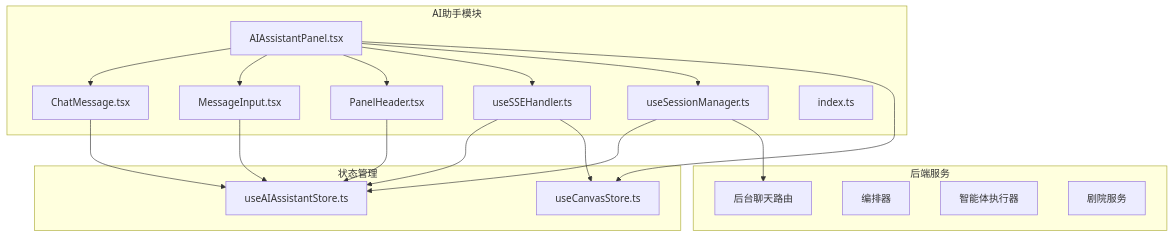
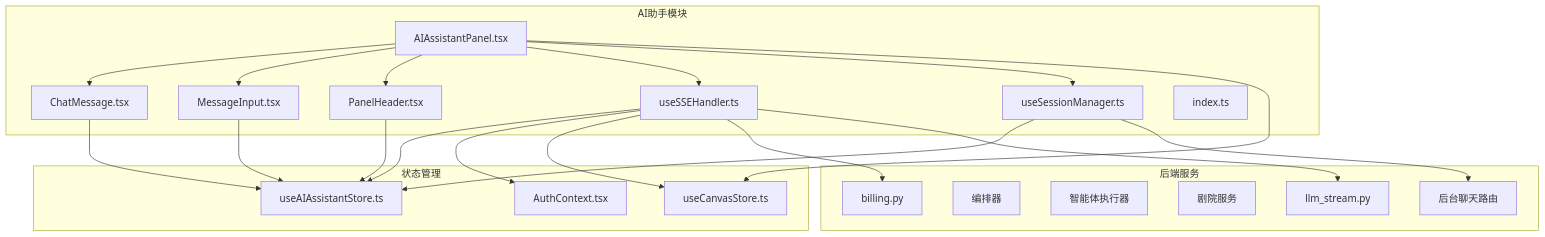
Diagram 18 of 18 in .qoder/repowiki/zh/content/前端开发指南/AI助手面板增强.md (KunLabAI/KunFlix), drawn with Mermaid before and after one commit. The commit also changed other lines of this file and 27 other files, not shown here.

````diff
--- a/.qoder/repowiki/zh/content/前端开发指南/AI助手面板增强.md
+++ b/.qoder/repowiki/zh/content/前端开发指南/AI助手面板增强.md
@@ -746,35 +840,41 @@
 ```mermaid
 graph TD
 subgraph "AI助手模块"
 AIAssistantPanel[AIAssistantPanel.tsx]
 ChatMessage[ChatMessage.tsx]
 MessageInput[MessageInput.tsx]
 PanelHeader[PanelHeader.tsx]
 useSSEHandler[useSSEHandler.ts]
 useSessionManager[useSessionManager.ts]
 index[index.ts]
 end
 subgraph "状态管理"
 useAIAssistantStore[useAIAssistantStore.ts]
 useCanvasStore[useCanvasStore.ts]
+AuthContext[AuthContext.tsx]
 end
 subgraph "后端服务"
 chats[后台聊天路由]
 orchestrator[编排器]
 agent_executor[智能体执行器]
 theater[剧院服务]
+billing[billing.py]
+llm_stream[llm_stream.py]
 end
 AIAssistantPanel --> ChatMessage
 AIAssistantPanel --> MessageInput
 AIAssistantPanel --> PanelHeader
 AIAssistantPanel --> useSSEHandler
 AIAssistantPanel --> useSessionManager
 ChatMessage --> useAIAssistantStore
 MessageInput --> useAIAssistantStore
 PanelHeader --> useAIAssistantStore
 useSSEHandler --> useAIAssistantStore
+useSSEHandler --> AuthContext
 useSessionManager --> useAIAssistantStore
 useSSEHandler --> useCanvasStore
 useSessionManager --> chats
 AIAssistantPanel --> useCanvasStore
+useSSEHandler --> billing
+useSSEHandler --> llm_stream
 ```
````
